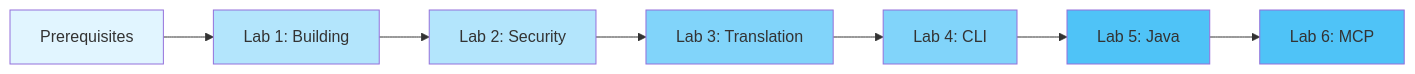
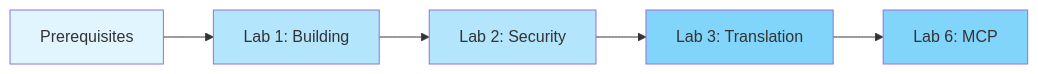
The third of 3 diagrams in ARCHITECTURE.md (MEA-Watsonx-bootcamp-IBM/Bob-Client-Bootcamp), drawn with Mermaid before and after one commit. The commit also changed other lines of this file, not shown here.

````diff
--- a/ARCHITECTURE.md
+++ b/ARCHITECTURE.md
@@ -590,17 +424,13 @@
 ```mermaid
 graph LR
     A[Prerequisites] --> B[Lab 1: Building]
     B --> C[Lab 2: Security]
     C --> D[Lab 3: Translation]
-    D --> E[Lab 4: CLI]
-    E --> F[Lab 5: Java]
-    F --> G[Lab 6: MCP]
+    D --> E[Lab 6: MCP]
     
     style A fill:#e1f5ff
     style B fill:#b3e5fc
     style C fill:#b3e5fc
     style D fill:#81d4fa
     style E fill:#81d4fa
-    style F fill:#4fc3f7
-    style G fill:#4fc3f7
 ```
````
